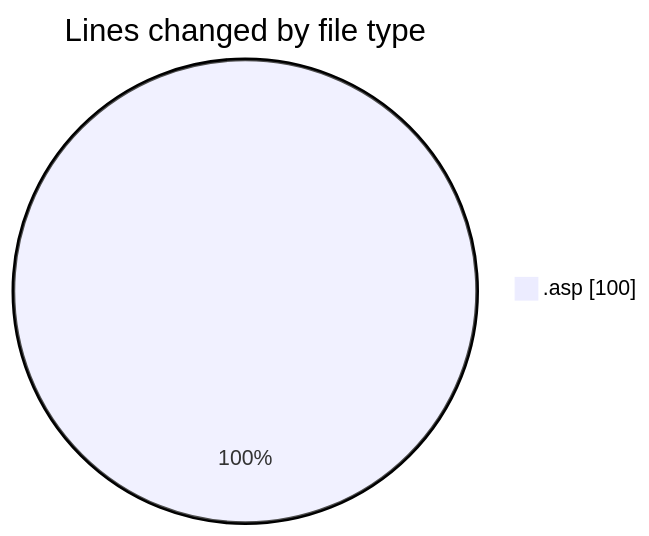
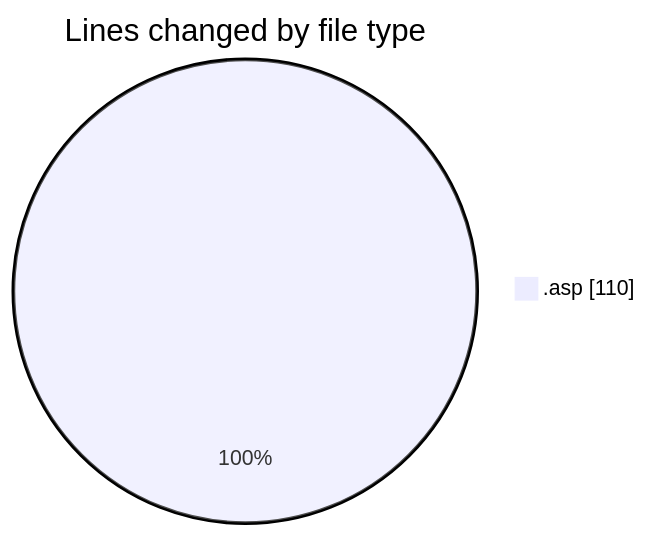
One commit to julien-gomy/code-tracking changed the first of 2 diagrams in 2025-11-28/cdp_aleoudev_fr__workspace_/README.md. Above: the diagram before and after it, drawn with Mermaid. The commit also changed other lines of this file and 1 other file, not shown here.

````diff
--- a/2025-11-28/cdp_aleoudev_fr__workspace_/README.md
+++ b/2025-11-28/cdp_aleoudev_fr__workspace_/README.md
@@ -21,5 +21,5 @@
 ```mermaid
 pie showData
 title Lines changed by file type
-".asp" : 100
+".asp" : 110
 ```
````
